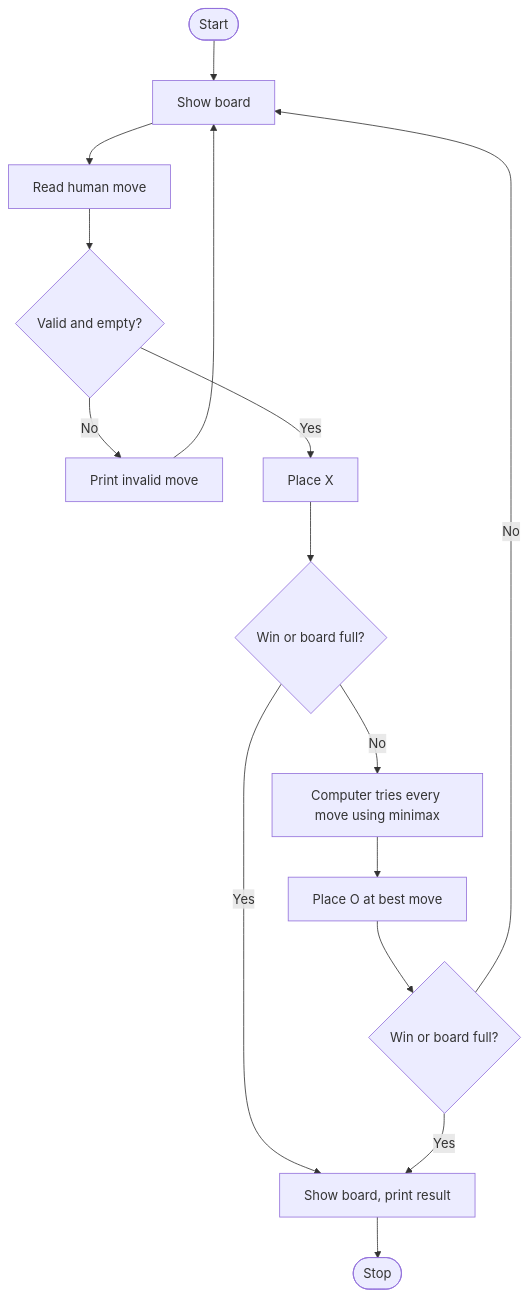
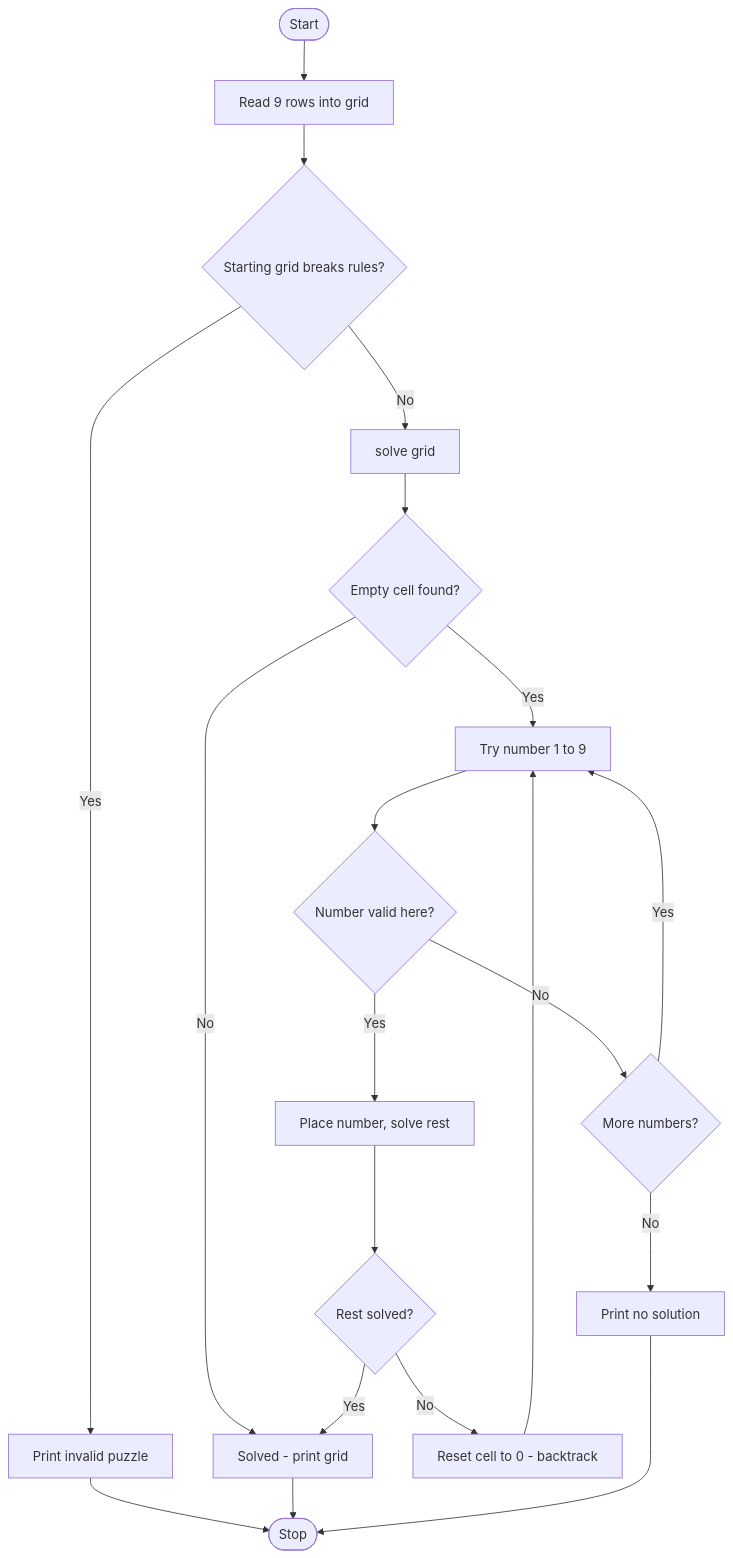
One commit to thevisionn/2026_27_cse4-264_python_programming changed the diagram in README.md. Above: the diagram before and after it, drawn with Mermaid. The commit also changed other lines of this file, not shown here.

````diff
--- a/README.md
+++ b/README.md
@@ -57,17 +53,22 @@
 ```mermaid
 flowchart TD
-A(["Start"]) --> B["Show board"]
-B --> C["Read human move"]
-C --> D{"Valid and empty?"}
-D -->|No| E["Print invalid move"]
-E --> B
-D -->|Yes| F["Place X"]
-F --> G{"Win or board full?"}
-G -->|Yes| L["Show board, print result"]
-G -->|No| H["Computer tries every move using minimax"]
-H --> I["Place O at best move"]
-I --> J{"Win or board full?"}
-J -->|Yes| L
-J -->|No| B
-L --> M(["Stop"])
+A(["Start"]) --> B["Read 9 rows into grid"]
+B --> C{"Starting grid breaks rules?"}
+C -->|Yes| D["Print invalid puzzle"]
+C -->|No| E["solve grid"]
+E --> F{"Empty cell found?"}
+F -->|No| G["Solved - print grid"]
+F -->|Yes| H["Try number 1 to 9"]
+H --> I{"Number valid here?"}
+I -->|Yes| J["Place number, solve rest"]
+J --> K{"Rest solved?"}
+K -->|Yes| G
+K -->|No| L["Reset cell to 0 - backtrack"]
+L --> H
+I -->|No| M{"More numbers?"}
+M -->|Yes| H
+M -->|No| N["Print no solution"]
+D --> O(["Stop"])
+G --> O
+N --> O
 ```
````
